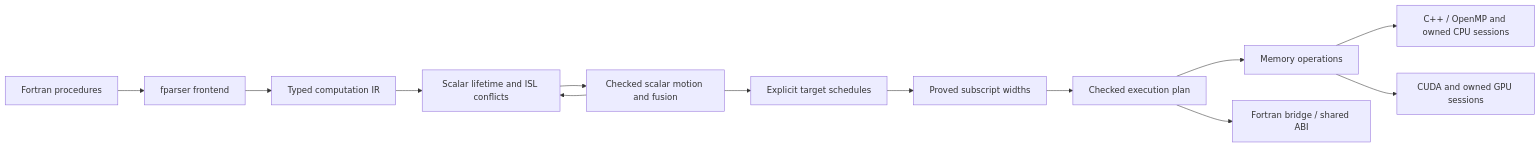
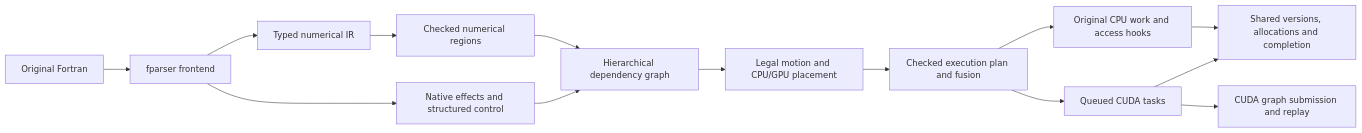
Before and after one commit to jiriklepl/fortran-to-cuda: the diagram in compiler/README.md, drawn with Mermaid. The commit also changed other lines of this file and 536 other files, not shown here.

Commit message:
Checkpoint graph offloading redesign with ELMM validation and comparisons

````diff
--- a/compiler/README.md
+++ b/compiler/README.md
@@ -25,15 +25,16 @@
 ```mermaid
 flowchart LR
-    F[Fortran procedures] --> P[fparser frontend]
-    P --> I[Typed computation IR]
-    I --> A[Scalar lifetime and ISL conflicts]
-    A --> T[Checked scalar motion and fusion]
-    T --> A
-    T --> S[Explicit target schedules]
-    S --> D[Proved subscript widths]
-    D --> E[Checked execution plan]
-    E --> M[Memory operations]
-    M --> C[C++ / OpenMP and owned CPU sessions]
-    M --> G[CUDA and owned GPU sessions]
-    E --> B[Fortran bridge / shared ABI]
+    F[Original Fortran] --> P[fparser frontend]
+    P --> I[Typed numerical IR]
+    P --> N[Native effects and structured control]
+    I --> A[Checked numerical regions]
+    A --> T[Hierarchical dependency graph]
+    N --> T
+    T --> S[Legal motion and CPU/GPU placement]
+    S --> E[Checked execution plan and fusion]
+    E --> C[Original CPU work and access hooks]
+    E --> G[Queued CUDA tasks]
+    C --> R[Shared versions, allocations and completion]
+    G --> R
+    G --> Q[CUDA graph submission and replay]
 ```
````
